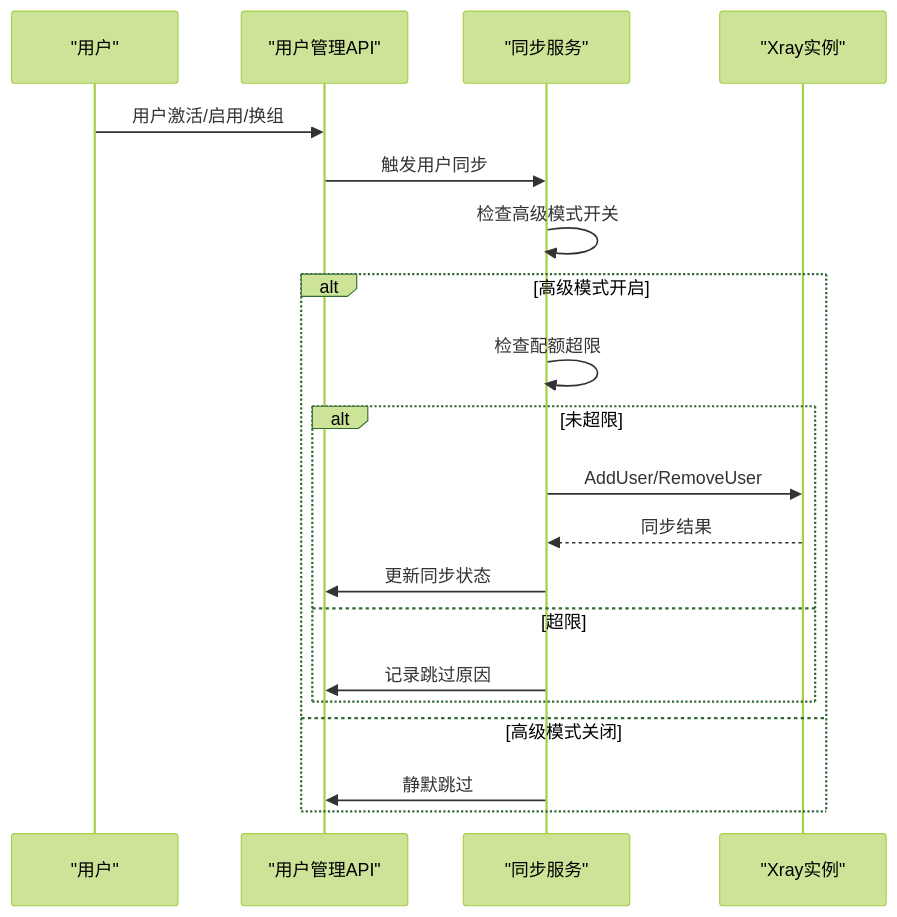
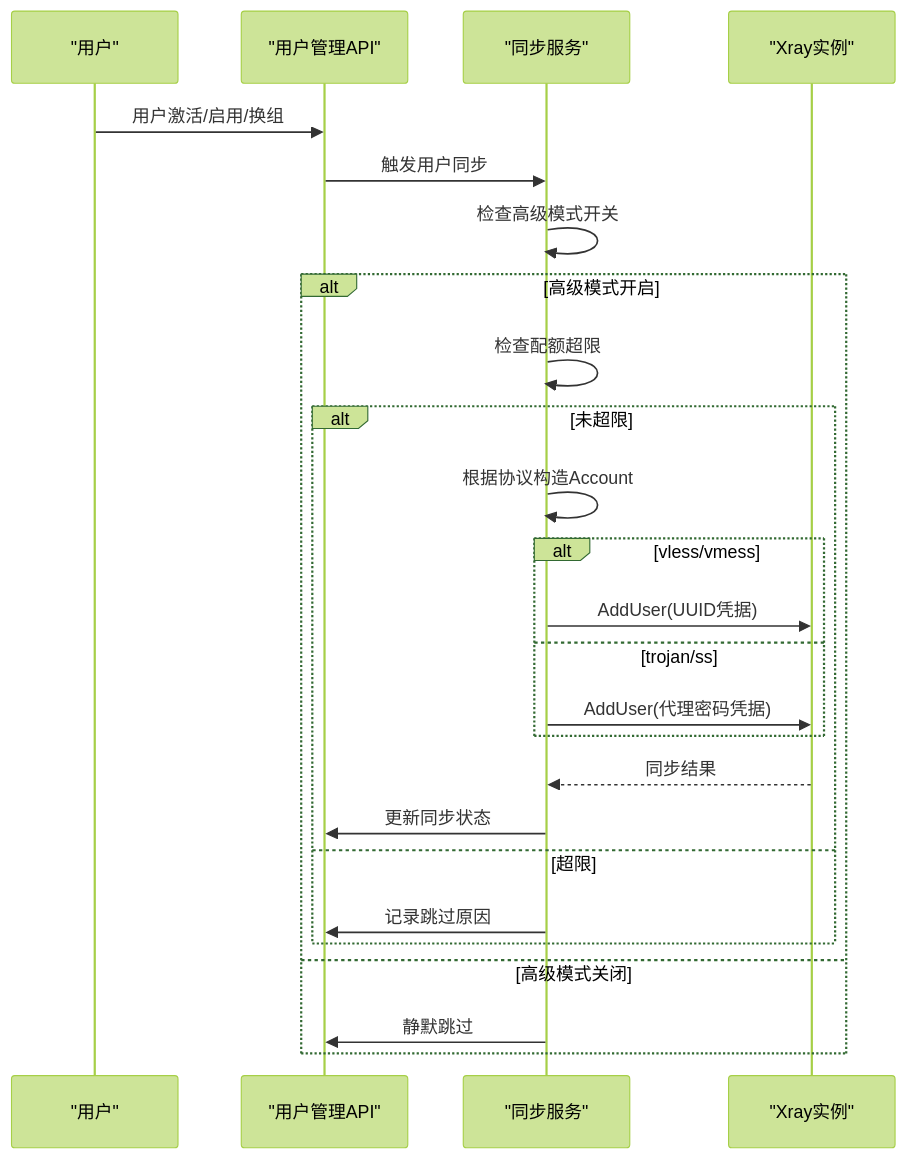
One commit to AlcaProphet/VPN-Subscription-Management changed the sixth of 6 diagrams in .qoder/repowiki/zh/content/API接口文档/API接口文档.md. Above: the diagram before and after it, drawn with Mermaid (forest theme). The commit also changed other lines of this file and 102 other files, not shown here.

````diff
--- a/.qoder/repowiki/zh/content/API接口文档/API接口文档.md
+++ b/.qoder/repowiki/zh/content/API接口文档/API接口文档.md
@@ -737,22 +772,27 @@
 ```mermaid
 sequenceDiagram
 participant User as "用户"
 participant API as "用户管理API"
 participant Sync as "同步服务"
 participant Xray as "Xray实例"
 User->>API : 用户激活/启用/换组
 API->>Sync : 触发用户同步
 Sync->>Sync : 检查高级模式开关
 alt 高级模式开启
 Sync->>Sync : 检查配额超限
 alt 未超限
-Sync->>Xray : AddUser/RemoveUser
+Sync->>Sync : 根据协议构造Account
+alt vless/vmess
+Sync->>Xray : AddUser(UUID凭据)
+else trojan/ss
+Sync->>Xray : AddUser(代理密码凭据)
+end
 Xray-->>Sync : 同步结果
 Sync->>API : 更新同步状态
 else 超限
 Sync->>API : 记录跳过原因
 end
 else 高级模式关闭
 Sync->>API : 静默跳过
 end
 ```
````
